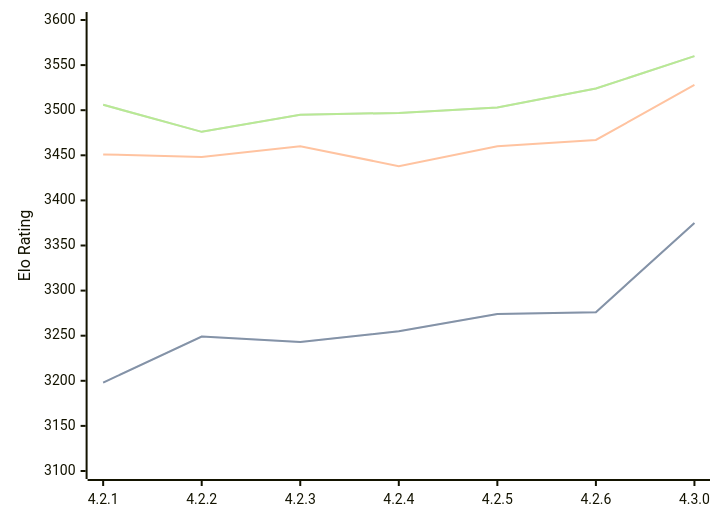
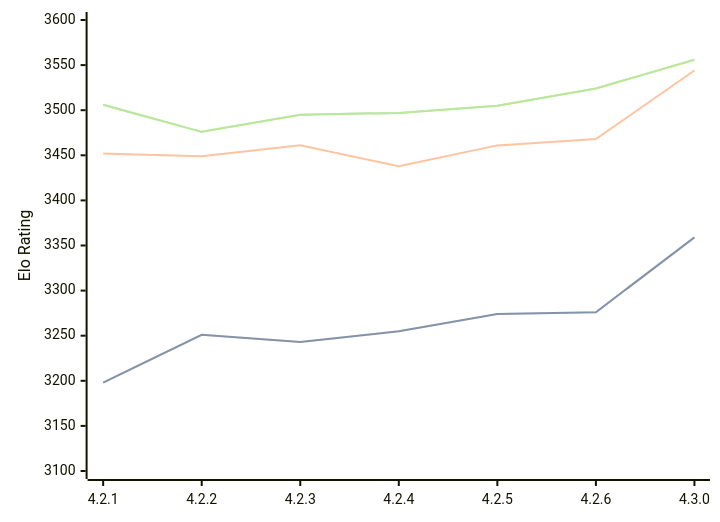
One commit to computer-chess-index/cci changed the diagram in engines/Gaia.md. Above: the diagram before and after it, drawn with Mermaid. The commit also changed other lines of this file, not shown here.

Commit message:
Update CCI Ratings (ELO VLTC) - 2026-09-08

````diff
--- a/engines/Gaia.md
+++ b/engines/Gaia.md
@@ -41,11 +41,11 @@
 ```mermaid
 %%{init: {"theme":"base","themeVariables":{"seriesColors:['#a3a3a3','#222221','#faa371']}}}%%
 xychart-beta
   x-axis ["4.2.1", "4.2.2", "4.2.3", "4.2.4", "4.2.5", "4.2.6", "4.3.0"]
   y-axis "Elo Rating" 3100 --> 3600
-  line "" [3198, 3249, 3243, 3255, 3274, 3276, 3375]
-  line "STC (8.0+0.08s)" [3198, 3249, 3243, 3255, 3274, 3276, 3375]
-  line "LTC (60.0+0.60s)" [3451, 3448, 3460, 3438, 3460, 3467, 3528]
-  line "" [3506, 3476, 3495, 3497, 3503, 3524, 3560]
-  line "VLTC (2m24s+1.12s)" [3506, 3476, 3495, 3497, 3503, 3524, 3560]
+  line "" [3198, 3251, 3243, 3255, 3274, 3276, 3359]
+  line "STC (8.0+0.08s)" [3198, 3251, 3243, 3255, 3274, 3276, 3359]
+  line "LTC (60.0+0.60s)" [3452, 3449, 3461, 3438, 3461, 3468, 3544]
+  line "" [3506, 3476, 3495, 3497, 3505, 3524, 3556]
+  line "VLTC (2m24s+1.12s)" [3506, 3476, 3495, 3497, 3505, 3524, 3556]
 ```
````
